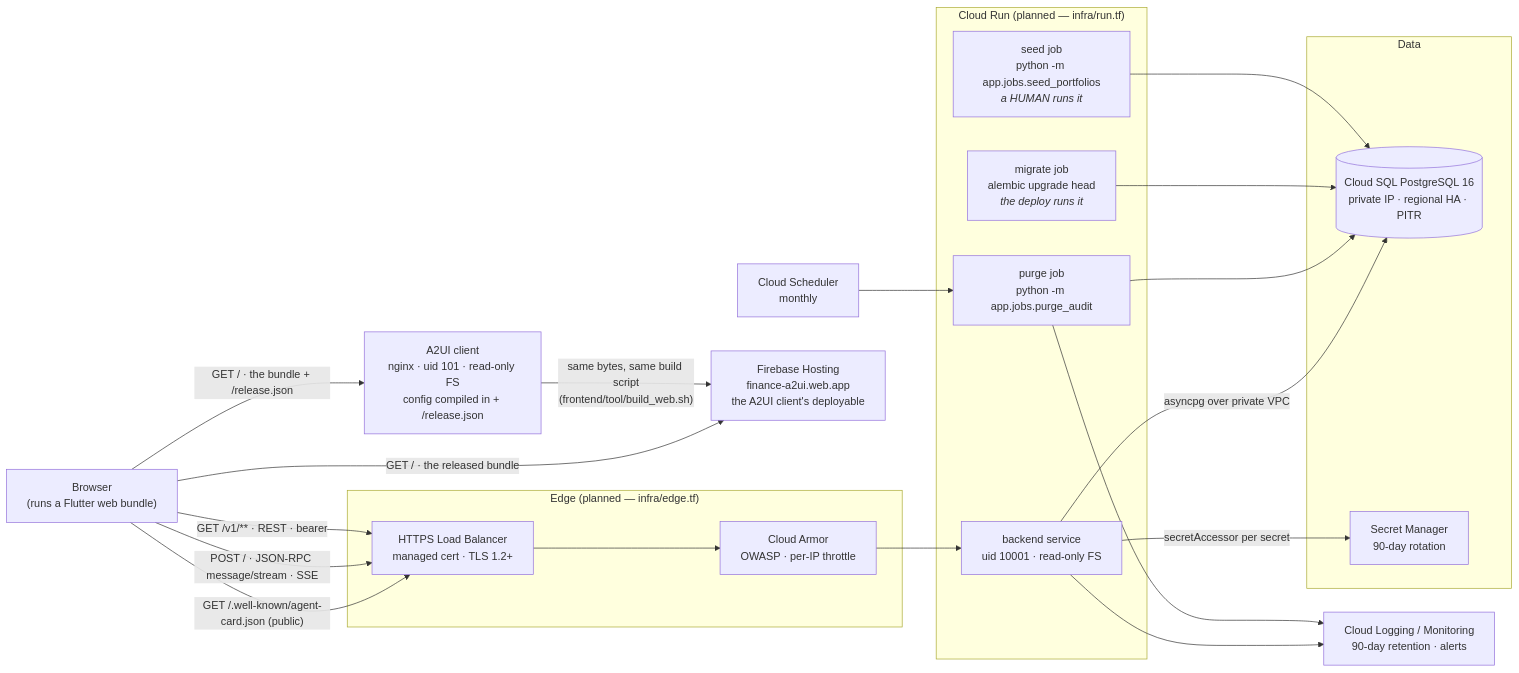
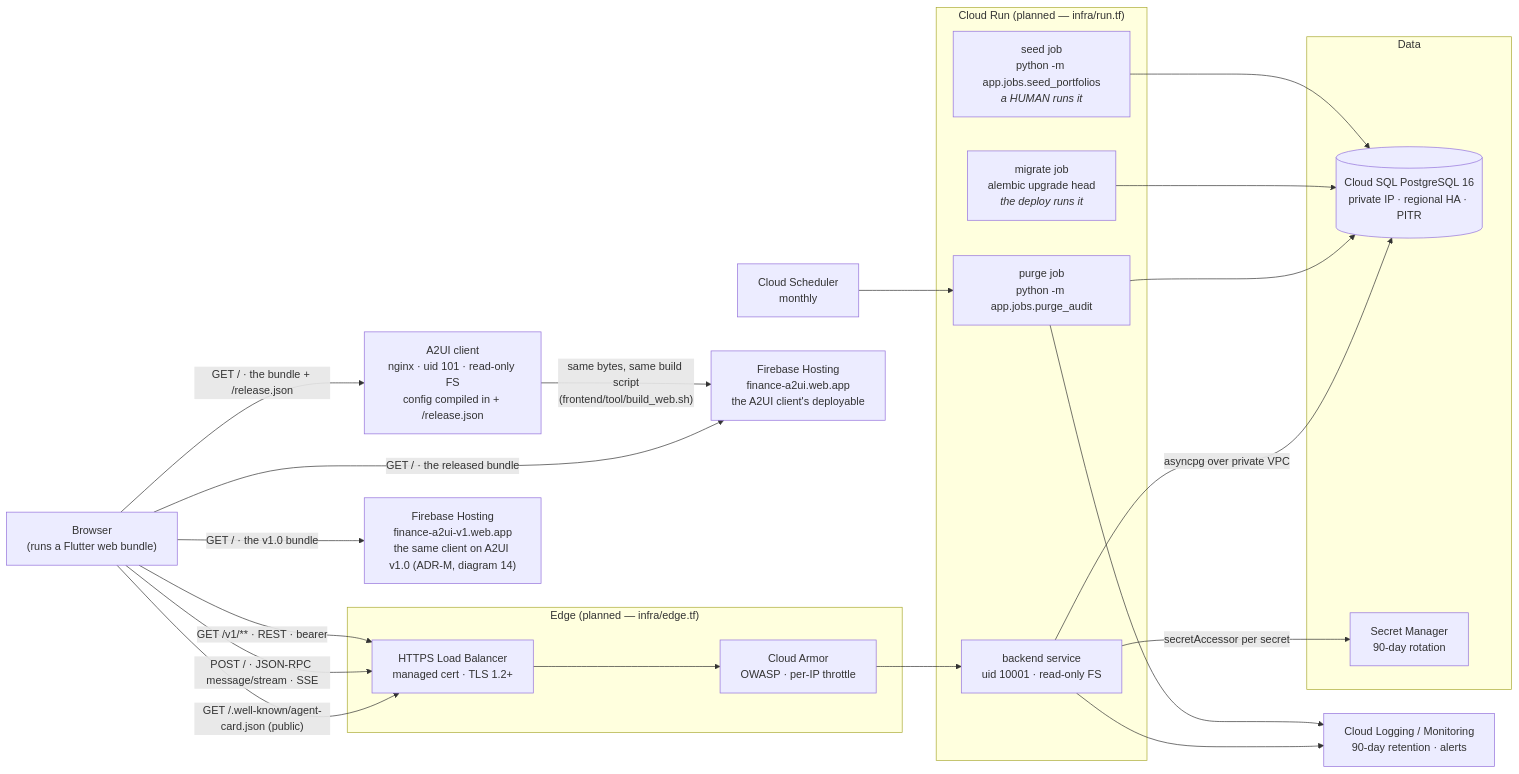
The diagram in docs/diagrams/02-containers.md (somnio-projects/finance-google-a2ui), drawn with Mermaid before and after one commit. The commit also changed 1552 other files, not shown here.

````diff
--- a/docs/diagrams/02-containers.md
+++ b/docs/diagrams/02-containers.md
@@ -5,58 +5,60 @@
 ```mermaid
 flowchart LR
     client["Browser<br/>(runs a Flutter web bundle)"]
     a2ui["A2UI client<br/>nginx · uid 101 · read-only FS<br/>config compiled in + /release.json"]
     host["Firebase Hosting<br/>finance-a2ui.web.app<br/>the A2UI client's deployable"]
+    host1["Firebase Hosting<br/>finance-a2ui-v1.web.app<br/>the same client on A2UI v1.0 (ADR-M, diagram 14)"]
     subgraph edge["Edge (planned — infra/edge.tf)"]
         lb["HTTPS Load Balancer<br/>managed cert · TLS 1.2+"]
         waf["Cloud Armor<br/>OWASP · per-IP throttle"]
     end
     subgraph run["Cloud Run (planned — infra/run.tf)"]
         svc["backend service<br/>uid 10001 · read-only FS"]
         job["purge job<br/>python -m app.jobs.purge_audit"]
         mig["migrate job<br/>alembic upgrade head<br/><i>the deploy runs it</i>"]
         seed["seed job<br/>python -m app.jobs.seed_portfolios<br/><i>a HUMAN runs it</i>"]
     end
     subgraph data["Data"]
         sql[("Cloud SQL PostgreSQL 16<br/>private IP · regional HA · PITR")]
         sm["Secret Manager<br/>90-day rotation"]
     end
     obs["Cloud Logging / Monitoring<br/>90-day retention · alerts"]
     sched["Cloud Scheduler<br/>monthly"]
 
     client -- "GET / · the bundle + /release.json" --> a2ui
     client -- "GET / · the released bundle" --> host
+    client -- "GET / · the v1.0 bundle" --> host1
     a2ui -- "same bytes, same build script<br/>(frontend/tool/build_web.sh)" --> host
     client -- "GET /.well-known/agent-card.json (public)" --> lb
     client -- "POST / · JSON-RPC message/stream · SSE" --> lb
     client -- "GET /v1/** · REST · bearer" --> lb
     lb --> waf --> svc
     svc -- "asyncpg over private VPC" --> sql
     svc -- "secretAccessor per secret" --> sm
     job --> sql
     mig --> sql
     seed --> sql
     sched --> job
     svc --> obs
     job --> obs
 
     %% Two surfaces on one service (ADR-J): /v1/** is strictly RESTful and
     %% answers RFC 9457 problem documents; the root is Google's A2A protocol,
     %% JSON-RPC over SSE, and answers JSON-RPC error objects. The agent card is
     %% the only public route besides the health probes — a client cannot hold a
     %% token before it has read it.
     %% ONE client. This diagram carried a second one, `client_flutter`, built
     %% and hardened (GGU-82, spec client/0002) but deployed nowhere — its only
     %% outgoing edge was dashed because where it would be hosted was never
     %% decided. It was retired on 2026-09-22 (spec repo/0002) and both its node
     %% and that dashed edge are gone with it: a diagram draws reality.
     %% The A2UI client IS deployed: Firebase Hosting, by `frontend-cd`
     %% (spec frontend/0017).
     %% The A2UI container is NOT that deployable — Hosting serves a bundle, not
     %% an image. It is the local stack's copy of the same bytes, compiled by the
     %% same `frontend/tool/build_web.sh`, which is why the edge between them is
     %% solid: it is a "built by" relation, not a network call.
     %% The container holds no credential; the browser, not the container, is
     %% what talks to the backend. Locally `docker compose up` is db + backend +
     %% the A2UI client on :3001, all under the one project `finance-a2ui`.
 ```
````
